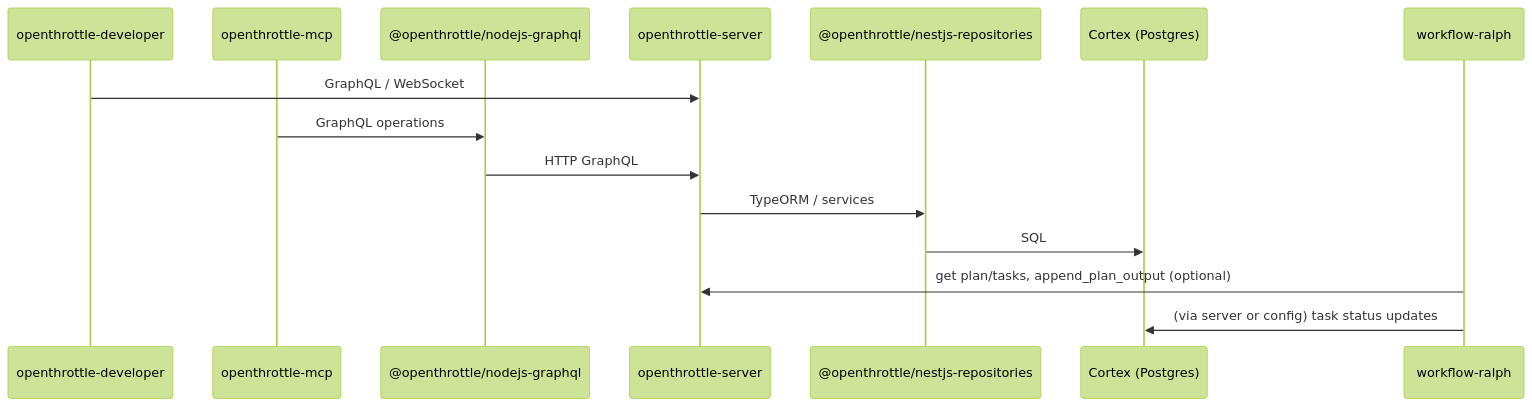
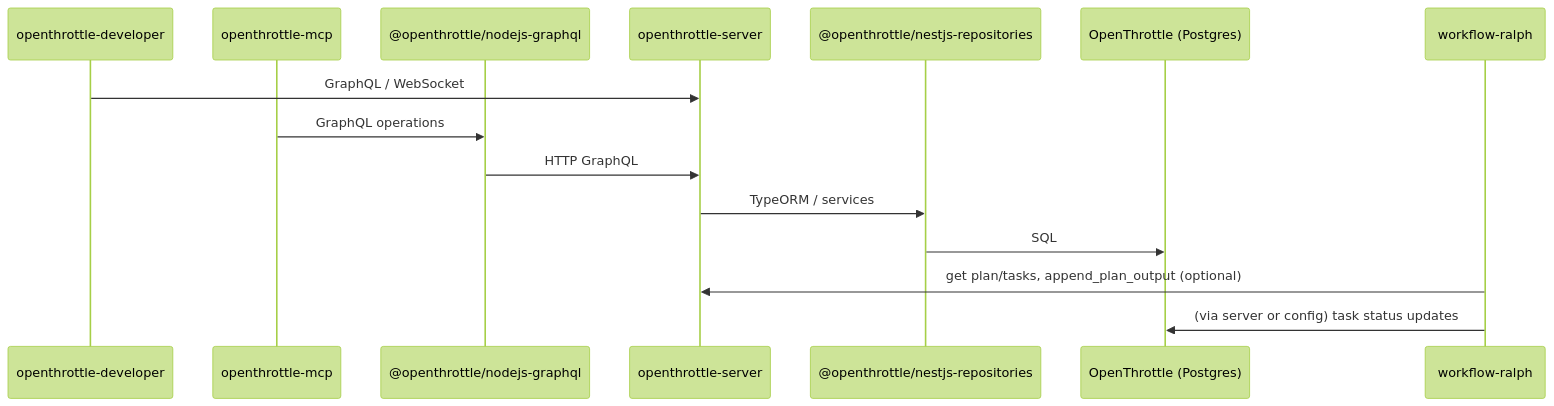
The second of 2 diagrams in docs/openthrottle/monorepo-architecture.md (OpenThrottle/monorepo), drawn with Mermaid (forest theme) before and after one commit. The commit also changed other lines of this file and 178 other files, not shown here.

````diff
--- a/docs/openthrottle/monorepo-architecture.md
+++ b/docs/openthrottle/monorepo-architecture.md
@@ -67,18 +67,18 @@
 ```mermaid
 sequenceDiagram
   participant Dev as openthrottle-developer
   participant MCP as openthrottle-mcp
   participant Client as @openthrottle/nodejs-graphql
   participant Server as openthrottle-server
   participant Repos as @openthrottle/nestjs-repositories
-  participant Cortex as Cortex (Postgres)
+  participant OpenThrottle as OpenThrottle (Postgres)
   participant Ralph as workflow-ralph
 
   Dev->>Server: GraphQL / WebSocket
   MCP->>Client: GraphQL operations
   Client->>Server: HTTP GraphQL
   Server->>Repos: TypeORM / services
-  Repos->>Cortex: SQL
+  Repos->>OpenThrottle: SQL
   Ralph->>Server: get plan/tasks, append_plan_output (optional)
-  Ralph->>Cortex: (via server or config) task status updates
+  Ralph->>OpenThrottle: (via server or config) task status updates
 ```
````
